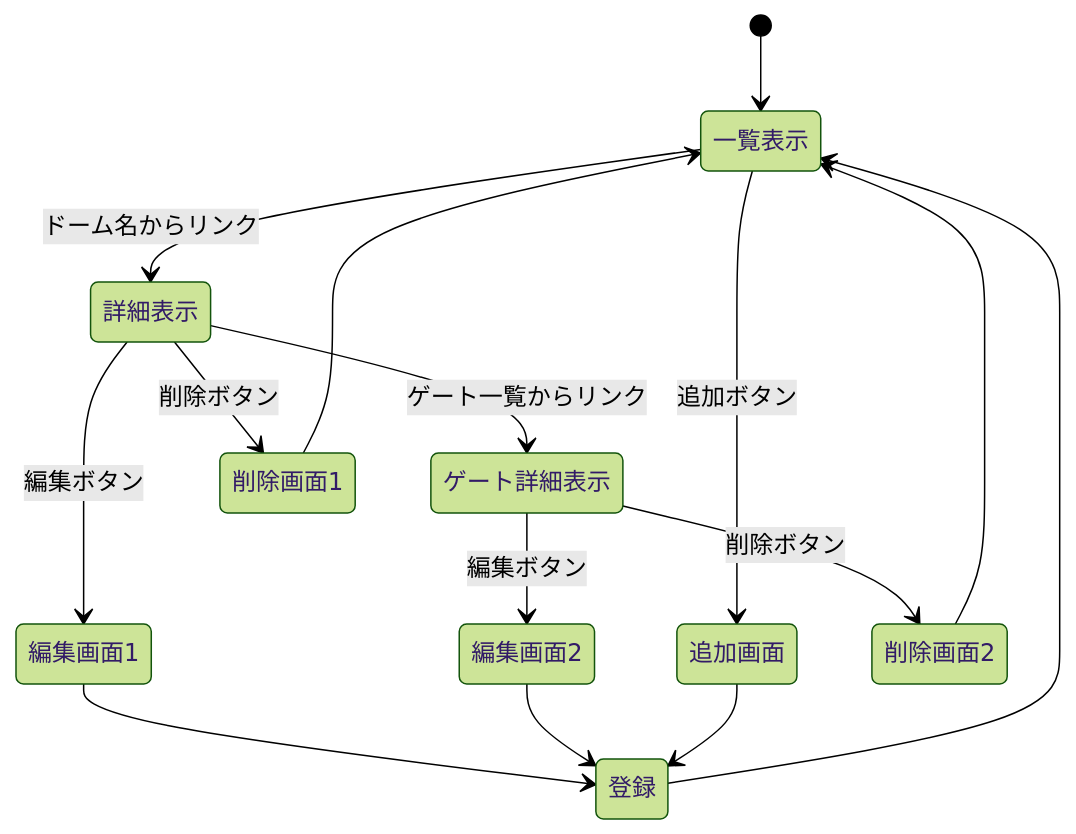
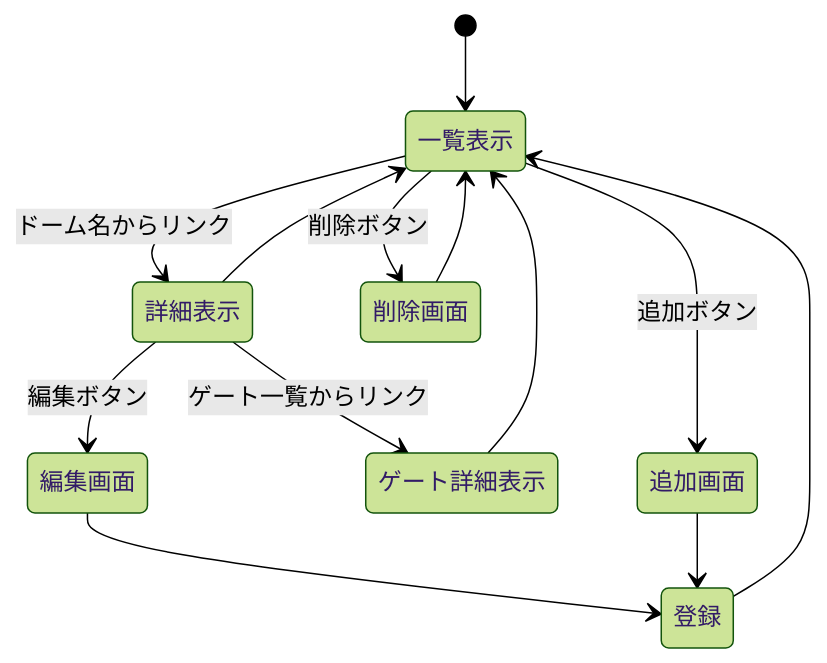
One commit to luvry-1711/webpro_06 changed the first of 3 diagrams in spec.md. Above: the diagram before and after it, drawn with Mermaid (forest theme). The commit also changed other lines of this file and 18 other files, not shown here.

````diff
--- a/spec.md
+++ b/spec.md
@@ -21,17 +20,15 @@
 ```mermaid
 stateDiagram-v2
     [*] --> 一覧表示
     一覧表示 --> 詳細表示: ドーム名からリンク
-    詳細表示 --> 編集画面1: 編集ボタン
-    編集画面1 --> 登録
+    詳細表示 --> 編集画面: 編集ボタン
+    編集画面 --> 登録
     登録 --> 一覧表示
+    詳細表示 --> 一覧表示
     詳細表示 --> ゲート詳細表示: ゲート一覧からリンク
-    ゲート詳細表示 --> 編集画面2: 編集ボタン
-    編集画面2 --> 登録
+    ゲート詳細表示 --> 一覧表示
     一覧表示 --> 追加画面: 追加ボタン
     追加画面 --> 登録
-    詳細表示 --> 削除画面1: 削除ボタン
-    ゲート詳細表示 --> 削除画面2: 削除ボタン
-    削除画面1 --> 一覧表示
-    削除画面2 --> 一覧表示
+    一覧表示 --> 削除画面: 削除ボタン
+    削除画面 --> 一覧表示
 ```
````
